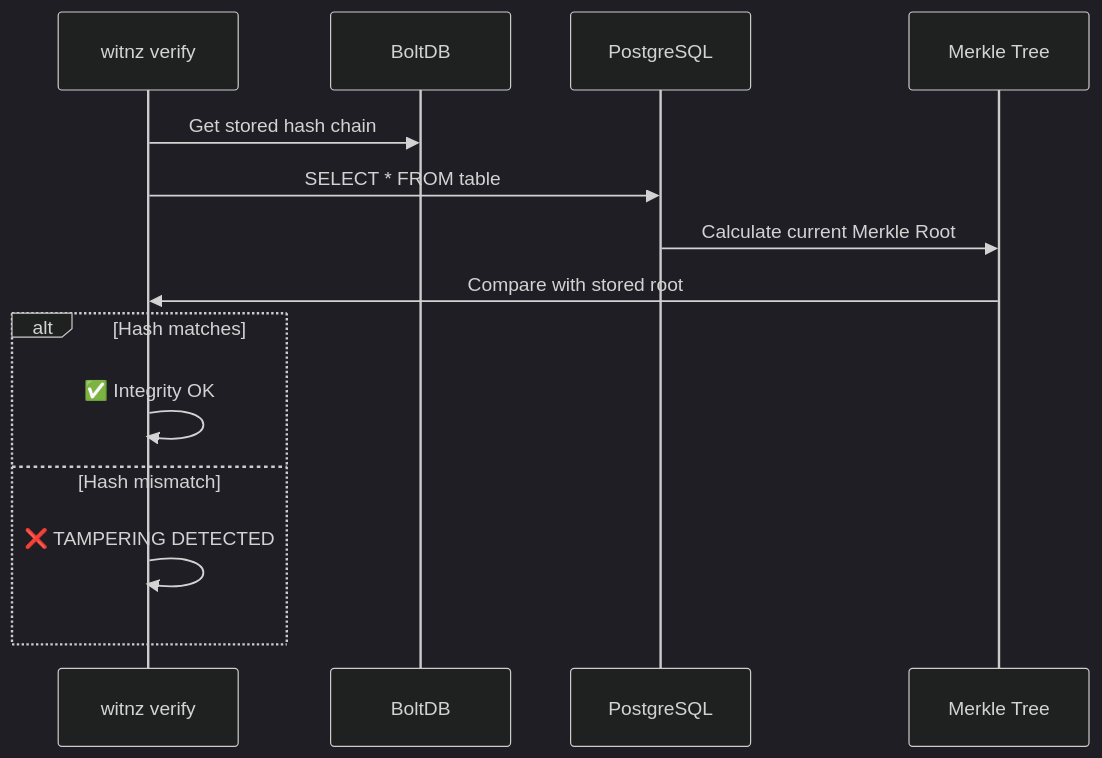
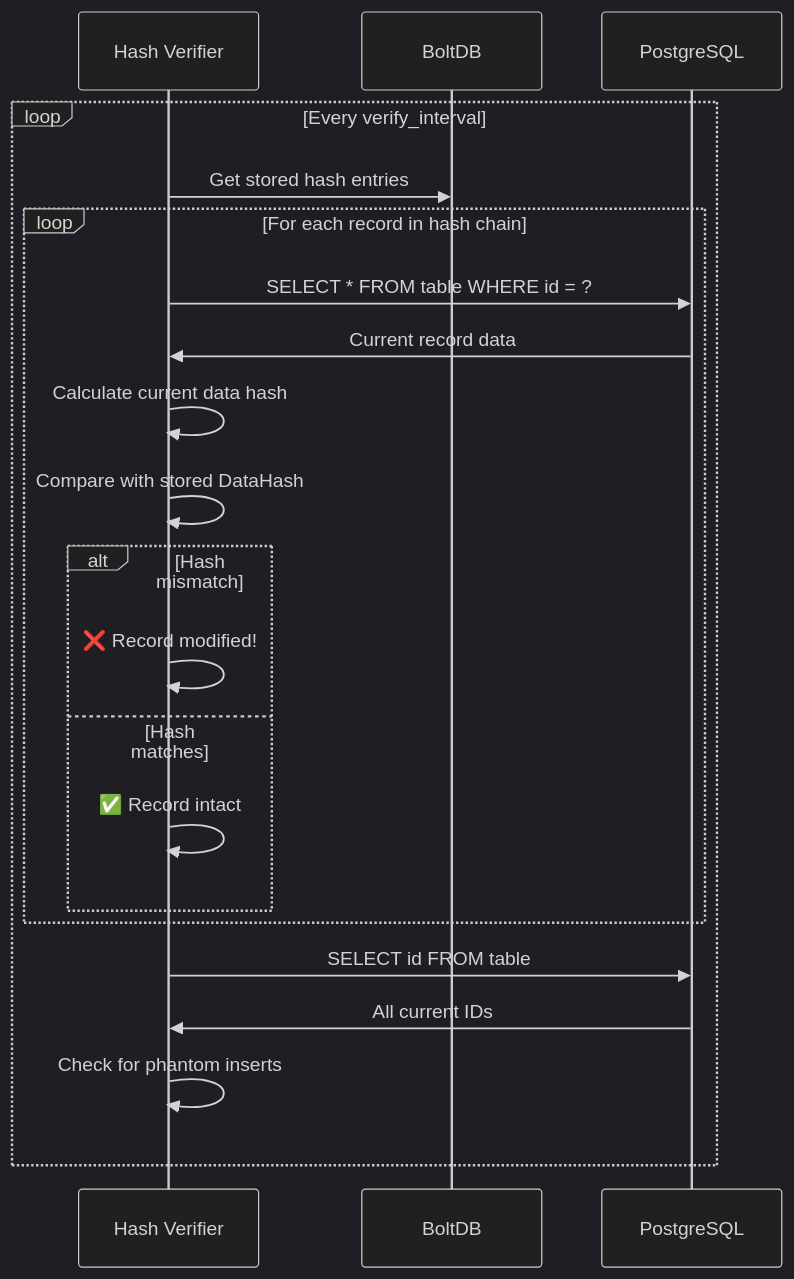
Before and after one commit to Anes1032/witnz: the fourth of 4 diagrams in README.md, drawn with Mermaid (dark theme). The commit also changed other lines of this file and 25 other files, not shown here.

Commit message:
Feat: Verify data hash

````diff
--- a/README.md
+++ b/README.md
@@ -103,17 +133,24 @@
 ```mermaid
 sequenceDiagram
-    participant CLI as witnz verify
+    participant Verifier as Hash Verifier
     participant Storage as BoltDB
     participant PG as PostgreSQL
-    participant MerkleTree as Merkle Tree
 
-    CLI->>Storage: Get stored hash chain
-    CLI->>PG: SELECT * FROM table
-    PG->>MerkleTree: Calculate current Merkle Root
-    MerkleTree->>CLI: Compare with stored root
-    alt Hash matches
-        CLI->>CLI: ✅ Integrity OK
-    else Hash mismatch
-        CLI->>CLI: ❌ TAMPERING DETECTED
+    loop Every verify_interval
+        Verifier->>Storage: Get stored hash entries
+        loop For each record in hash chain
+            Verifier->>PG: SELECT * FROM table WHERE id = ?
+            PG->>Verifier: Current record data
+            Verifier->>Verifier: Calculate current data hash
+            Verifier->>Verifier: Compare with stored DataHash
+            alt Hash mismatch
+                Verifier->>Verifier: ❌ Record modified!
+            else Hash matches
+                Verifier->>Verifier: ✅ Record intact
+            end
+        end
+        Verifier->>PG: SELECT id FROM table
+        PG->>Verifier: All current IDs
+        Verifier->>Verifier: Check for phantom inserts
     end
 ```
````
